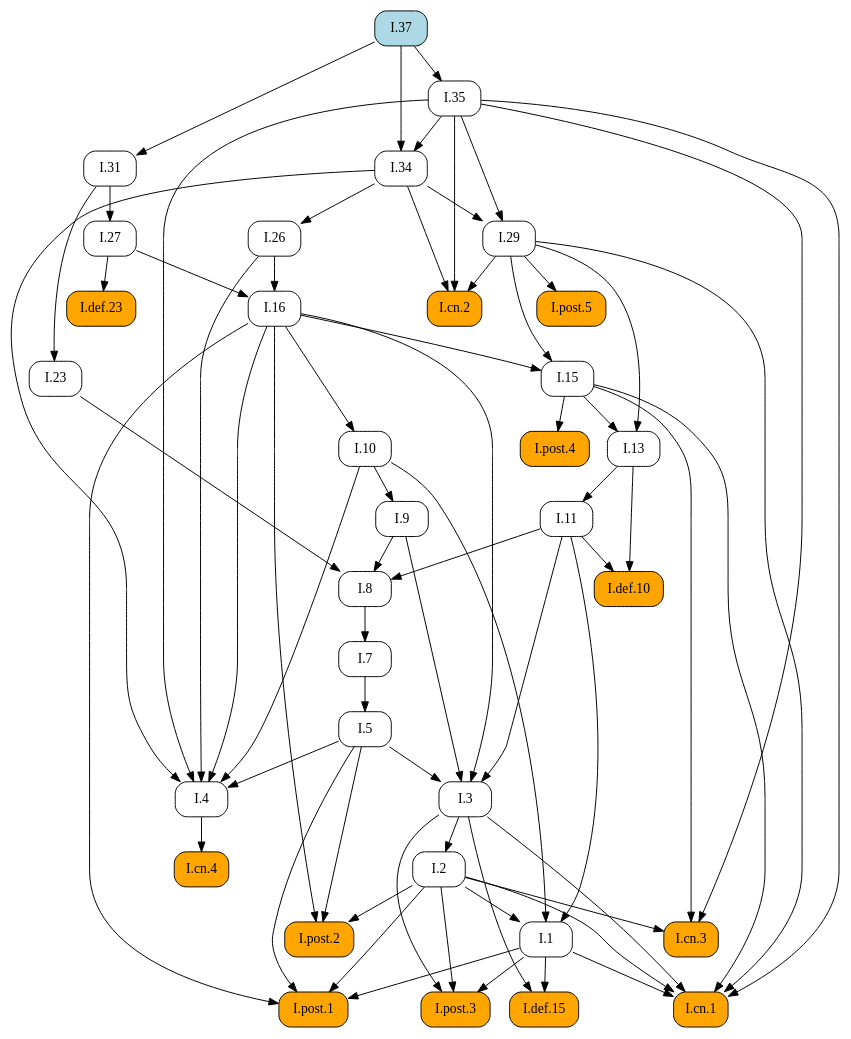
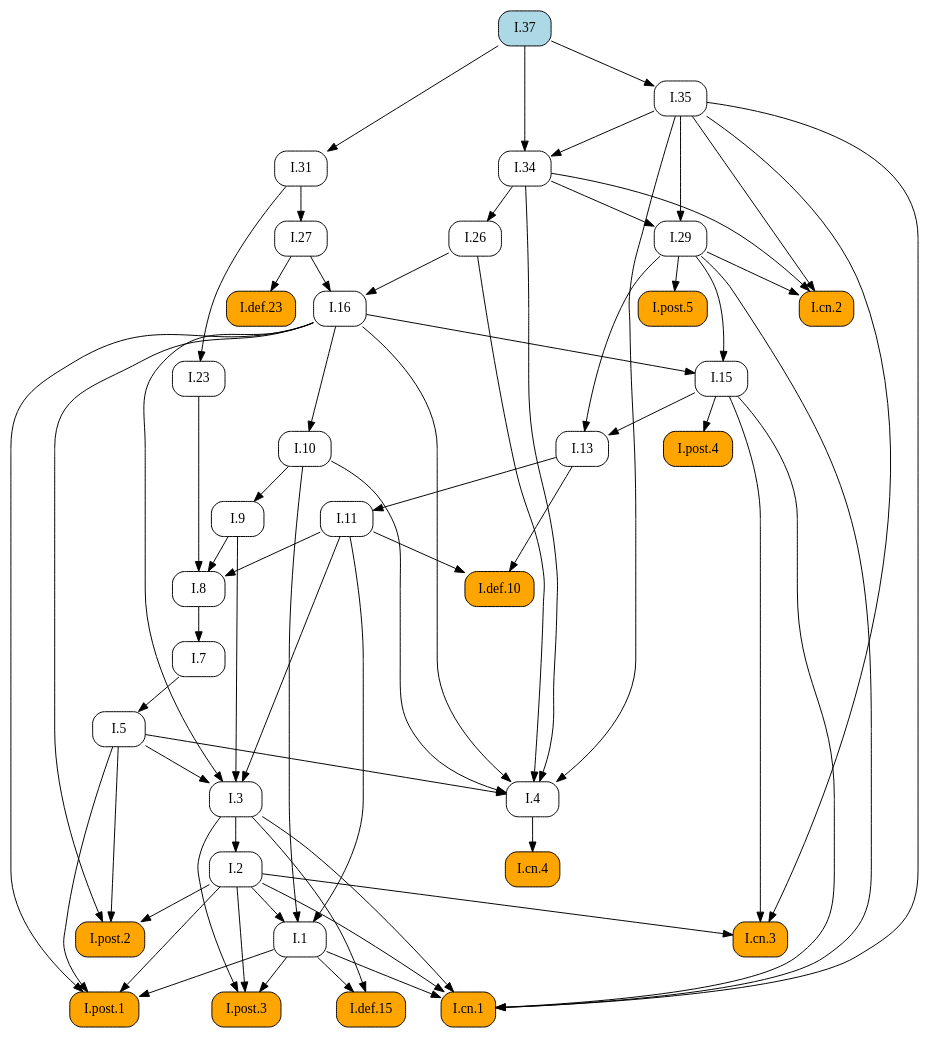
One commit to geometor/elements changed the diagram in docsrc/heath/I/37/index.rst. Above: the diagram before and after it, drawn with Graphviz. The commit also changed other lines of this file and 484 other files, not shown here.

```diff
--- a/docsrc/heath/I/37/index.rst
+++ b/docsrc/heath/I/37/index.rst
@@ -61,104 +61,104 @@
    digraph {
      rankdir="TB";
      node [shape=box, style=rounded];
-     "I.def.10" [style="rounded,filled", fillcolor=orange, URL="/heath/I/def.10/", target="_top"];
-     "I.11" [URL="/heath/I/11/", target="_top"];
-     "I.post.4" [style="rounded,filled", fillcolor=orange, URL="/heath/I/post.4/", target="_top"];
-     "I.1" [URL="/heath/I/1/", target="_top"];
-     "I.26" [URL="/heath/I/26/", target="_top"];
-     "I.29" [URL="/heath/I/29/", target="_top"];
-     "I.cn.2" [style="rounded,filled", fillcolor=orange, URL="/heath/I/cn.2/", target="_top"];
+     "I.23" [URL="/heath/I/23/", target="_top"];
+     "I.9" [URL="/heath/I/9/", target="_top"];
      "I.def.15" [style="rounded,filled", fillcolor=orange, URL="/heath/I/def.15/", target="_top"];
      "I.post.3" [style="rounded,filled", fillcolor=orange, URL="/heath/I/post.3/", target="_top"];
-     "I.cn.1" [style="rounded,filled", fillcolor=orange, URL="/heath/I/cn.1/", target="_top"];
-     "I.cn.3" [style="rounded,filled", fillcolor=orange, URL="/heath/I/cn.3/", target="_top"];
-     "I.23" [URL="/heath/I/23/", target="_top"];
      "I.post.1" [style="rounded,filled", fillcolor=orange, URL="/heath/I/post.1/", target="_top"];
-     "I.35" [URL="/heath/I/35/", target="_top"];
+     "I.31" [URL="/heath/I/31/", target="_top"];
+     "I.def.10" [style="rounded,filled", fillcolor=orange, URL="/heath/I/def.10/", target="_top"];
      "I.27" [URL="/heath/I/27/", target="_top"];
-     "I.7" [URL="/heath/I/7/", target="_top"];
      "I.34" [URL="/heath/I/34/", target="_top"];
      "I.3" [URL="/heath/I/3/", target="_top"];
+     "I.35" [URL="/heath/I/35/", target="_top"];
+     "I.cn.1" [style="rounded,filled", fillcolor=orange, URL="/heath/I/cn.1/", target="_top"];
+     "I.7" [URL="/heath/I/7/", target="_top"];
+     "I.2" [URL="/heath/I/2/", target="_top"];
+     "I.13" [URL="/heath/I/13/", target="_top"];
+     "I.post.4" [style="rounded,filled", fillcolor=orange, URL="/heath/I/post.4/", target="_top"];
+     "I.4" [URL="/heath/I/4/", target="_top"];
+     "I.1" [URL="/heath/I/1/", target="_top"];
+     "I.5" [URL="/heath/I/5/", target="_top"];
+     "I.8" [URL="/heath/I/8/", target="_top"];
      "I.37" [style="rounded,filled", fillcolor=lightblue, URL="/heath/I/37/", target="_top"];
-     "I.2" [URL="/heath/I/2/", target="_top"];
-     "I.4" [URL="/heath/I/4/", target="_top"];
+     "I.cn.3" [style="rounded,filled", fillcolor=orange, URL="/heath/I/cn.3/", target="_top"];
+     "I.29" [URL="/heath/I/29/", target="_top"];
+     "I.16" [URL="/heath/I/16/", target="_top"];
+     "I.15" [URL="/heath/I/15/", target="_top"];
+     "I.10" [URL="/heath/I/10/", target="_top"];
+     "I.11" [URL="/heath/I/11/", target="_top"];
      "I.def.23" [style="rounded,filled", fillcolor=orange, URL="/heath/I/def.23/", target="_top"];
-     "I.13" [URL="/heath/I/13/", target="_top"];
-     "I.31" [URL="/heath/I/31/", target="_top"];
+     "I.cn.2" [style="rounded,filled", fillcolor=orange, URL="/heath/I/cn.2/", target="_top"];
+     "I.post.5" [style="rounded,filled", fillcolor=orange, URL="/heath/I/post.5/", target="_top"];
+     "I.cn.4" [style="rounded,filled", fillcolor=orange, URL="/heath/I/cn.4/", target="_top"];
      "I.post.2" [style="rounded,filled", fillcolor=orange, URL="/heath/I/post.2/", target="_top"];
-     "I.16" [URL="/heath/I/16/", target="_top"];
-     "I.9" [URL="/heath/I/9/", target="_top"];
-     "I.8" [URL="/heath/I/8/", target="_top"];
-     "I.cn.4" [style="rounded,filled", fillcolor=orange, URL="/heath/I/cn.4/", target="_top"];
-     "I.15" [URL="/heath/I/15/", target="_top"];
-     "I.post.5" [style="rounded,filled", fillcolor=orange, URL="/heath/I/post.5/", target="_top"];
-     "I.10" [URL="/heath/I/10/", target="_top"];
-     "I.5" [URL="/heath/I/5/", target="_top"];
-     "I.11" -> "I.def.10";
-     "I.13" -> "I.def.10";
-     "I.13" -> "I.11";
-     "I.15" -> "I.post.4";
-     "I.2" -> "I.1";
-     "I.10" -> "I.1";
-     "I.11" -> "I.1";
-     "I.34" -> "I.26";
-     "I.34" -> "I.29";
-     "I.35" -> "I.29";
-     "I.29" -> "I.cn.2";
-     "I.34" -> "I.cn.2";
-     "I.35" -> "I.cn.2";
+     "I.26" [URL="/heath/I/26/", target="_top"];
+     "I.31" -> "I.23";
+     "I.10" -> "I.9";
      "I.1" -> "I.def.15";
      "I.3" -> "I.def.15";
      "I.1" -> "I.post.3";
      "I.2" -> "I.post.3";
      "I.3" -> "I.post.3";
+     "I.1" -> "I.post.1";
+     "I.2" -> "I.post.1";
+     "I.5" -> "I.post.1";
+     "I.16" -> "I.post.1";
+     "I.37" -> "I.31";
+     "I.11" -> "I.def.10";
+     "I.13" -> "I.def.10";
+     "I.31" -> "I.27";
+     "I.35" -> "I.34";
+     "I.37" -> "I.34";
+     "I.5" -> "I.3";
+     "I.9" -> "I.3";
+     "I.11" -> "I.3";
+     "I.16" -> "I.3";
+     "I.37" -> "I.35";
      "I.1" -> "I.cn.1";
      "I.2" -> "I.cn.1";
      "I.3" -> "I.cn.1";
      "I.15" -> "I.cn.1";
      "I.29" -> "I.cn.1";
      "I.35" -> "I.cn.1";
-     "I.2" -> "I.cn.3";
-     "I.15" -> "I.cn.3";
-     "I.35" -> "I.cn.3";
-     "I.31" -> "I.23";
-     "I.1" -> "I.post.1";
-     "I.2" -> "I.post.1";
-     "I.5" -> "I.post.1";
-     "I.16" -> "I.post.1";
-     "I.37" -> "I.35";
-     "I.31" -> "I.27";
      "I.8" -> "I.7";
-     "I.35" -> "I.34";
-     "I.37" -> "I.34";
-     "I.5" -> "I.3";
-     "I.9" -> "I.3";
-     "I.11" -> "I.3";
-     "I.16" -> "I.3";
      "I.3" -> "I.2";
+     "I.15" -> "I.13";
+     "I.29" -> "I.13";
+     "I.15" -> "I.post.4";
      "I.5" -> "I.4";
      "I.10" -> "I.4";
      "I.16" -> "I.4";
      "I.26" -> "I.4";
      "I.34" -> "I.4";
      "I.35" -> "I.4";
+     "I.2" -> "I.1";
+     "I.10" -> "I.1";
+     "I.11" -> "I.1";
+     "I.7" -> "I.5";
+     "I.9" -> "I.8";
+     "I.11" -> "I.8";
+     "I.23" -> "I.8";
+     "I.2" -> "I.cn.3";
+     "I.15" -> "I.cn.3";
+     "I.35" -> "I.cn.3";
+     "I.34" -> "I.29";
+     "I.35" -> "I.29";
+     "I.26" -> "I.16";
+     "I.27" -> "I.16";
+     "I.16" -> "I.15";
+     "I.29" -> "I.15";
+     "I.16" -> "I.10";
+     "I.13" -> "I.11";
      "I.27" -> "I.def.23";
-     "I.15" -> "I.13";
-     "I.29" -> "I.13";
-     "I.37" -> "I.31";
+     "I.29" -> "I.cn.2";
+     "I.34" -> "I.cn.2";
+     "I.35" -> "I.cn.2";
+     "I.29" -> "I.post.5";
+     "I.4" -> "I.cn.4";
      "I.2" -> "I.post.2";
      "I.5" -> "I.post.2";
      "I.16" -> "I.post.2";
-     "I.26" -> "I.16";
-     "I.27" -> "I.16";
-     "I.10" -> "I.9";
-     "I.9" -> "I.8";
-     "I.11" -> "I.8";
-     "I.23" -> "I.8";
-     "I.4" -> "I.cn.4";
-     "I.16" -> "I.15";
-     "I.29" -> "I.15";
-     "I.29" -> "I.post.5";
-     "I.16" -> "I.10";
-     "I.7" -> "I.5";
+     "I.34" -> "I.26";
    }
```
